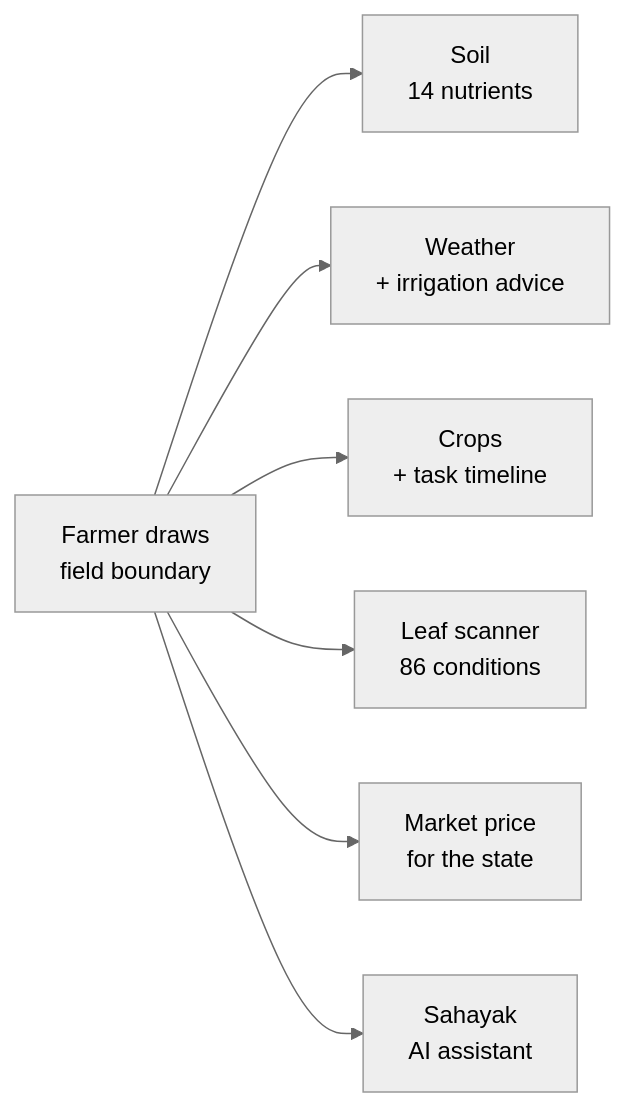
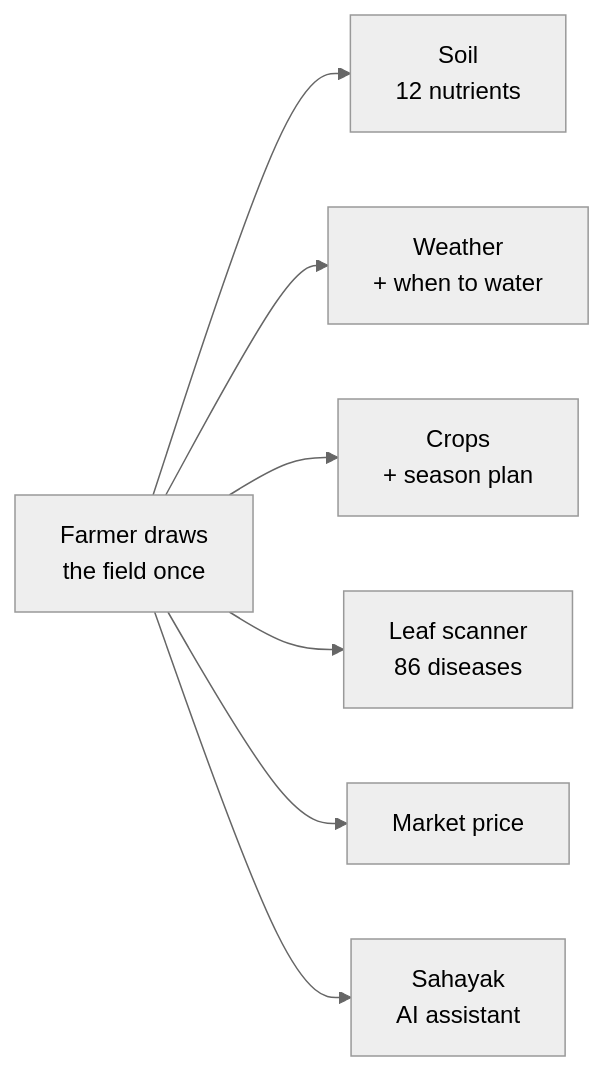
One commit to jpdevhub/Agronavis-App changed the first of 2 diagrams in docs/PRESENTATION.md. Above: the diagram before and after it, drawn with Mermaid (neutral theme). The commit also changed other lines of this file and 1 other file, not shown here.

````diff
--- a/docs/PRESENTATION.md
+++ b/docs/PRESENTATION.md
@@ -40,9 +62,9 @@
 ```mermaid
 flowchart LR
-    A["Farmer draws<br/>field boundary"] --> B["Soil<br/>14 nutrients"]
-    A --> C["Weather<br/>+ irrigation advice"]
-    A --> D["Crops<br/>+ task timeline"]
-    A --> E["Leaf scanner<br/>86 conditions"]
-    A --> F["Market price<br/>for the state"]
+    A["Farmer draws<br/>the field once"] --> B["Soil<br/>12 nutrients"]
+    A --> C["Weather<br/>+ when to water"]
+    A --> D["Crops<br/>+ season plan"]
+    A --> E["Leaf scanner<br/>86 diseases"]
+    A --> F["Market price"]
     A --> G["Sahayak<br/>AI assistant"]
 ```
````
